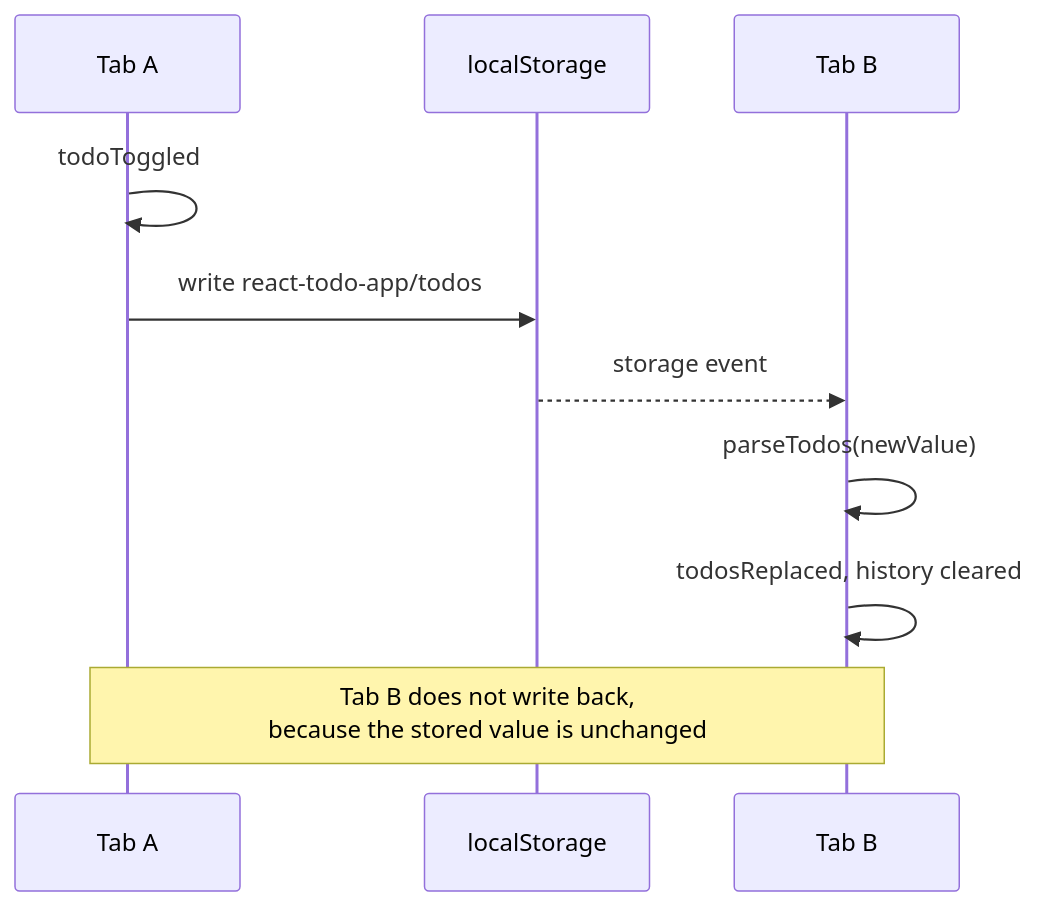
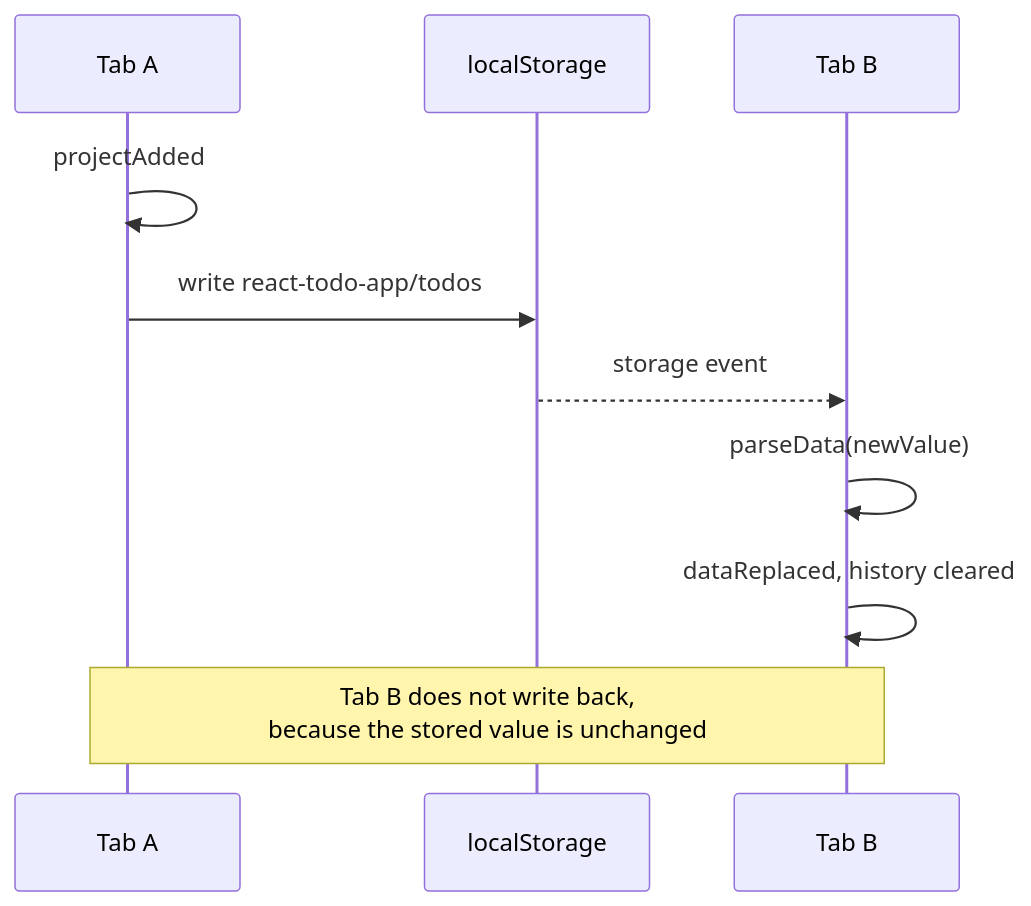
Before and after one commit to sacrificed666/react-todo-app: the eighth of 10 diagrams in docs/architecture.md, drawn with Mermaid. The commit also changed other lines of this file and 173 other files, not shown here.

````diff
--- a/docs/architecture.md
+++ b/docs/architecture.md
@@ -293,12 +337,12 @@
 ```mermaid
 sequenceDiagram
   participant A as Tab A
   participant LS as localStorage
   participant B as Tab B
-  A->>A: todoToggled
+  A->>A: projectAdded
   A->>LS: write react-todo-app/todos
   LS-->>B: storage event
-  B->>B: parseTodos(newValue)
-  B->>B: todosReplaced, history cleared
+  B->>B: parseData(newValue)
+  B->>B: dataReplaced, history cleared
   Note over A,B: Tab B does not write back,<br/>because the stored value is unchanged
 ```
````
